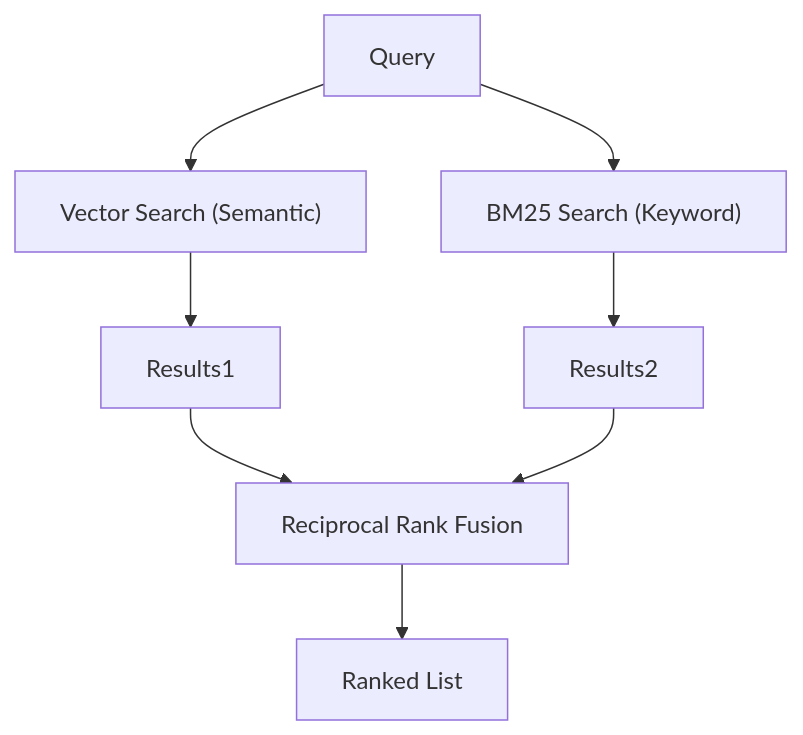
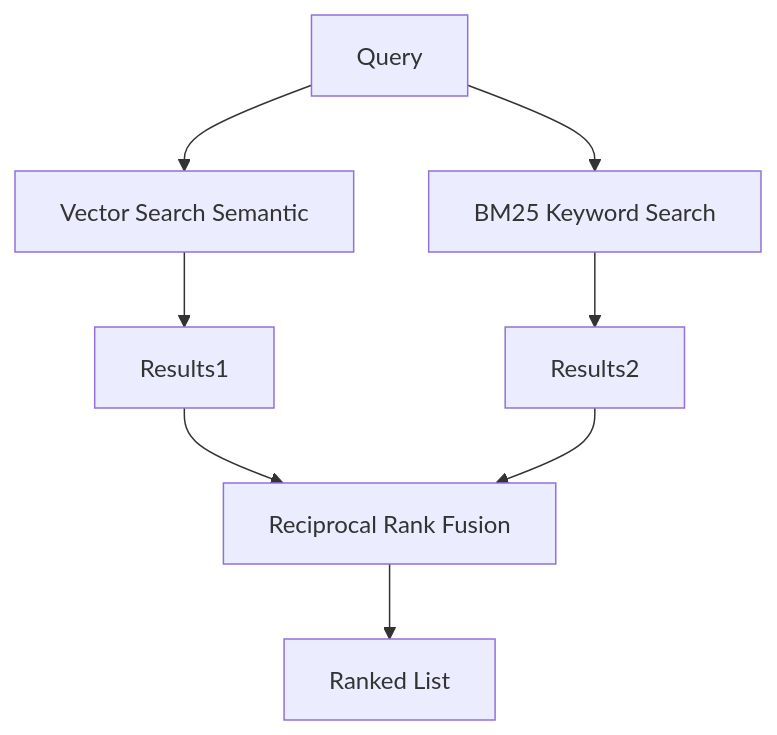
One commit to sricheru/agentic-ai-portfolio changed the ninth of 20 diagrams in genai_enterprise_usecases/ARCHITECTURE_GUIDE.md. Above: the diagram before and after it, drawn with Mermaid. The commit also changed other lines of this file, not shown here.

Commit message:
fix(mermaid): completely sanitize all node shapes and labels for GitHub compatibility

````diff
--- a/genai_enterprise_usecases/ARCHITECTURE_GUIDE.md
+++ b/genai_enterprise_usecases/ARCHITECTURE_GUIDE.md
@@ -191,10 +189,10 @@
 ```mermaid
 graph TD
-    Query --> Dense["Vector Search (Semantic)"]
-    Query --> Sparse["BM25 Search (Keyword)"]
+    Query --> Dense["Vector Search Semantic"]
+    Query --> Sparse["BM25 Keyword Search"]
     Dense --> Results1
     Sparse --> Results2
     Results1 --> Fusion[Reciprocal Rank Fusion]
     Results2 --> Fusion[Reciprocal Rank Fusion]
     Fusion --> Final[Ranked List]
 ```
````
